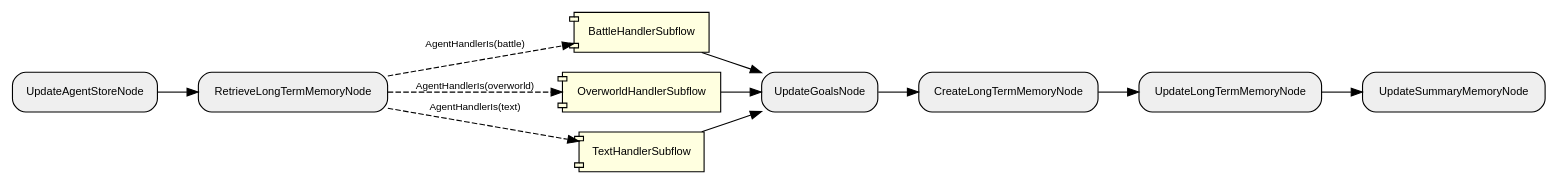
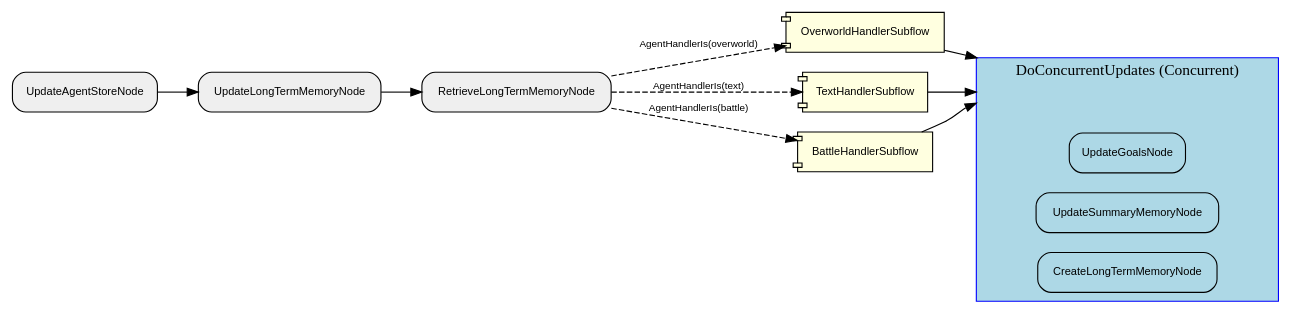
Before and after one commit to clambro/ai-plays-pokemon: the diagram in visualization/agent_graph/Graph.dot, drawn with Graphviz. The commit also changed 14 other files, not shown here.

```diff
--- a/visualization/agent_graph/Graph.dot
+++ b/visualization/agent_graph/Graph.dot
@@ -1,25 +1,33 @@
 digraph "G" {
   rankdir=LR;
   compound=true;
   node [shape=box, style="rounded,filled", fillcolor="#EFEFEF", fontname="Helvetica", fontsize=10];
   edge [fontname="Helvetica", fontsize=9];
-  YhppTVFoDl0gnbSA32i0z [label="BattleHandlerSubflow", shape=component, style="filled,rounded", fillcolor="lightyellow"];
-  evEqu6yJFM04rLHcc68Zb [label="CreateLongTermMemoryNode"];
-  xKSiTSnTVv1LGXmBdd0qb [label="OverworldHandlerSubflow", shape=component, style="filled,rounded", fillcolor="lightyellow"];
-  J3CLJU77ZvtxRdDi0QzxE [label="TextHandlerSubflow", shape=component, style="filled,rounded", fillcolor="lightyellow"];
-  lJvZ10IX2jCom8yxUZzbR [label="UpdateSummaryMemoryNode"];
-  Wic4W8EebROP5DC2f9EPL [label="UpdateGoalsNode"];
-  vYZ87OPryy1Hhlu5B0xjN [label="UpdateLongTermMemoryNode"];
-  LgMdJQRlAplFCl7OicEs2 [label="UpdateAgentStoreNode"];
-  XlClYYPM62xc90P2MAgdV [label="RetrieveLongTermMemoryNode"];
-  LgMdJQRlAplFCl7OicEs2 -> XlClYYPM62xc90P2MAgdV [style="solid"];
-  XlClYYPM62xc90P2MAgdV -> xKSiTSnTVv1LGXmBdd0qb [style="dashed", label="AgentHandlerIs(overworld)"];
-  XlClYYPM62xc90P2MAgdV -> YhppTVFoDl0gnbSA32i0z [style="dashed", label="AgentHandlerIs(battle)"];
-  XlClYYPM62xc90P2MAgdV -> J3CLJU77ZvtxRdDi0QzxE [style="dashed", label="AgentHandlerIs(text)"];
-  J3CLJU77ZvtxRdDi0QzxE -> Wic4W8EebROP5DC2f9EPL [style="solid"];
-  YhppTVFoDl0gnbSA32i0z -> Wic4W8EebROP5DC2f9EPL [style="solid"];
-  xKSiTSnTVv1LGXmBdd0qb -> Wic4W8EebROP5DC2f9EPL [style="solid"];
-  Wic4W8EebROP5DC2f9EPL -> evEqu6yJFM04rLHcc68Zb [style="solid"];
-  evEqu6yJFM04rLHcc68Zb -> vYZ87OPryy1Hhlu5B0xjN [style="solid"];
-  vYZ87OPryy1Hhlu5B0xjN -> lJvZ10IX2jCom8yxUZzbR [style="solid"];
+  subgraph "cluster_b3H5VVraMrmZ4UsAiz41k" {
+    label="DoConcurrentUpdates (Concurrent)";
+    style="filled"; fillcolor="lightblue"; color="blue";
+    node [fillcolor="lightblue", style="filled,rounded"];
+    "b3H5VVraMrmZ4UsAiz41k__entry" [label="", shape=point, width=0.01, style=invis];
+    "b3H5VVraMrmZ4UsAiz41k__exit"  [label="", shape=point, width=0.01, style=invis];
+    Jpjj4Hl6CoQfjNYYRkrOe [label="UpdateGoalsNode"];
+    U1S41vR2dN5AN0bR9nk2k [label="UpdateSummaryMemoryNode"];
+    Wx7mTDOhLdg5VGuPyCp57 [label="CreateLongTermMemoryNode"];
+  }
+  Wx7mTDOhLdg5VGuPyCp57 [label="CreateLongTermMemoryNode"];
+  SofP6yJCyvUuyVSpag27N [label="UpdateLongTermMemoryNode"];
+  x9ZFB1IVrCPAvM0nA9SUO [label="UpdateAgentStoreNode"];
+  Jpjj4Hl6CoQfjNYYRkrOe [label="UpdateGoalsNode"];
+  "2ErnJHmCWvIhWhkdqXywR" [label="OverworldHandlerSubflow", shape=component, style="filled,rounded", fillcolor="lightyellow"];
+  g12kDcX1UnGmAvx4GUkHM [label="RetrieveLongTermMemoryNode"];
+  JCWiGcm5Q0MBFyu3SqHFT [label="TextHandlerSubflow", shape=component, style="filled,rounded", fillcolor="lightyellow"];
+  U1S41vR2dN5AN0bR9nk2k [label="UpdateSummaryMemoryNode"];
+  iDt9QNltHqAMrDkAWDKBu [label="BattleHandlerSubflow", shape=component, style="filled,rounded", fillcolor="lightyellow"];
+  x9ZFB1IVrCPAvM0nA9SUO -> SofP6yJCyvUuyVSpag27N [style="solid"];
+  SofP6yJCyvUuyVSpag27N -> g12kDcX1UnGmAvx4GUkHM [style="solid"];
+  g12kDcX1UnGmAvx4GUkHM -> "2ErnJHmCWvIhWhkdqXywR" [style="dashed", label="AgentHandlerIs(overworld)"];
+  g12kDcX1UnGmAvx4GUkHM -> iDt9QNltHqAMrDkAWDKBu [style="dashed", label="AgentHandlerIs(battle)"];
+  g12kDcX1UnGmAvx4GUkHM -> JCWiGcm5Q0MBFyu3SqHFT [style="dashed", label="AgentHandlerIs(text)"];
+  JCWiGcm5Q0MBFyu3SqHFT -> b3H5VVraMrmZ4UsAiz41k__entry [lhead="cluster_b3H5VVraMrmZ4UsAiz41k", style="solid"];
+  iDt9QNltHqAMrDkAWDKBu -> b3H5VVraMrmZ4UsAiz41k__entry [lhead="cluster_b3H5VVraMrmZ4UsAiz41k", style="solid"];
+  "2ErnJHmCWvIhWhkdqXywR" -> b3H5VVraMrmZ4UsAiz41k__entry [lhead="cluster_b3H5VVraMrmZ4UsAiz41k", style="solid"];
 }
```
